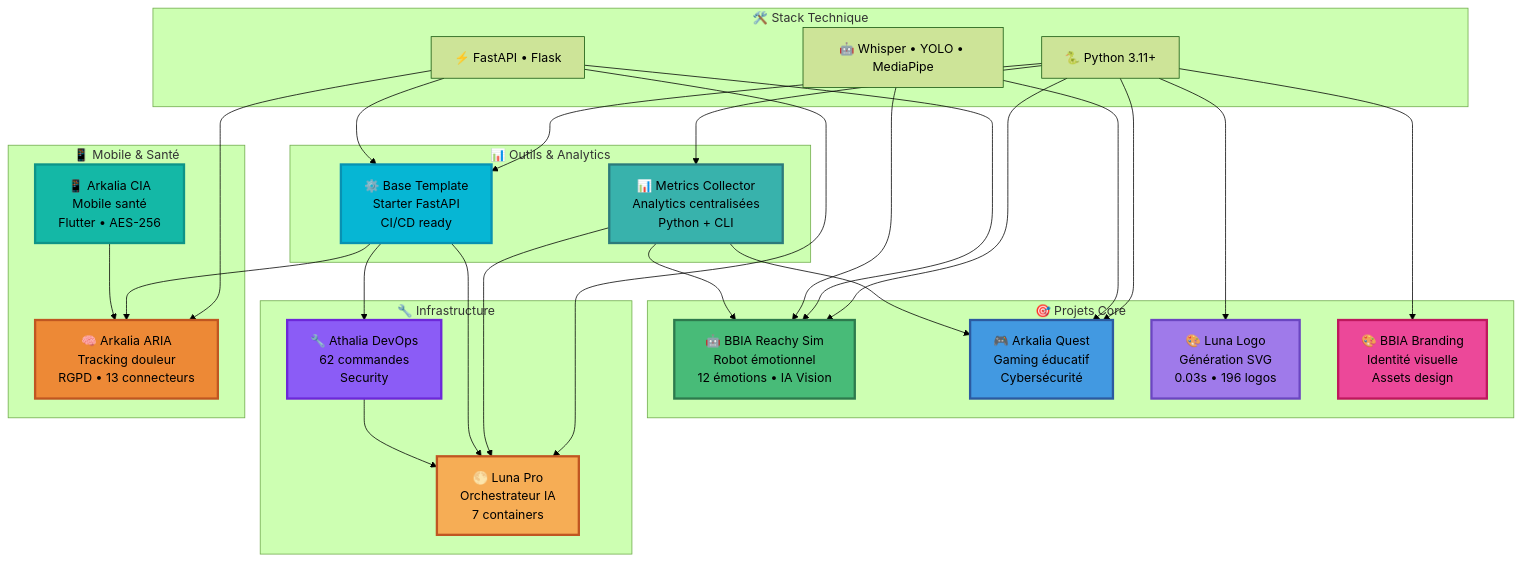
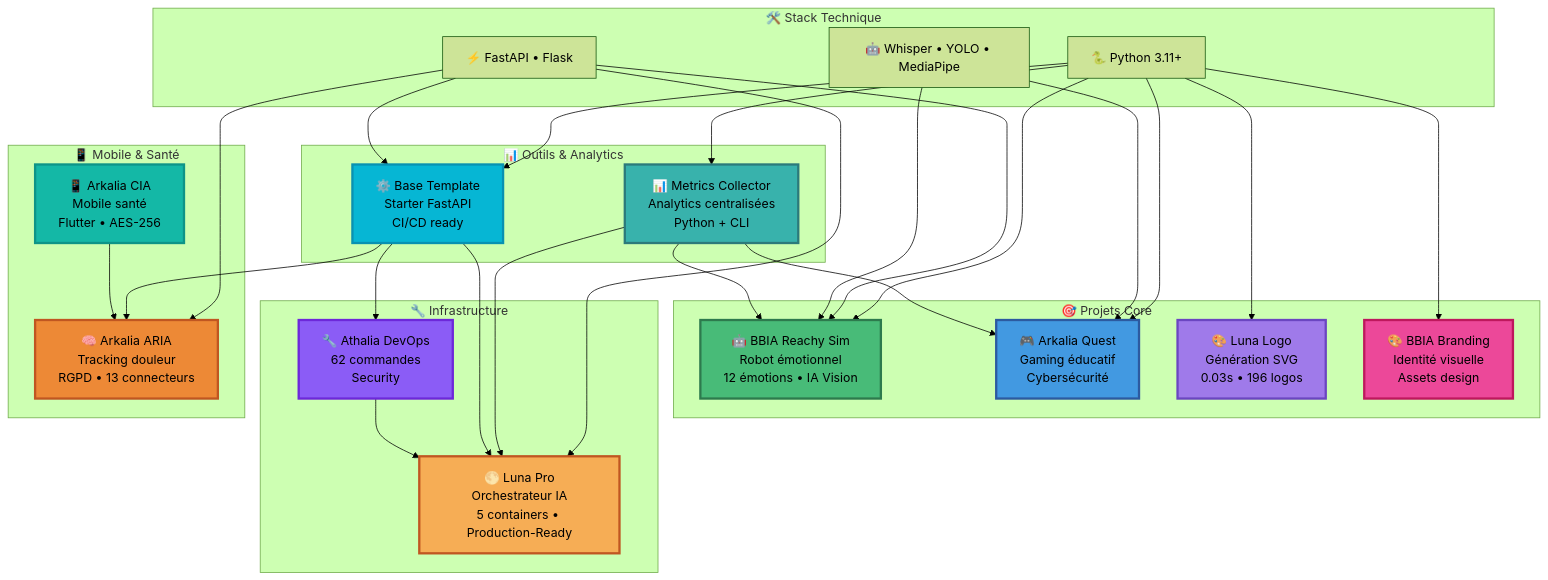
One commit to arkalia-luna-system/arkalia-luna-system changed the diagram in README.md. Above: the diagram before and after it, drawn with Mermaid (forest theme). The commit also changed other lines of this file and 2 other files, not shown here.

First line of the commit message:
✅ Luna Pro : Toutes les améliorations terminées - MD mis à jour

````diff
--- a/README.md
+++ b/README.md
@@ -170,67 +170,67 @@
 ```mermaid
 flowchart TB
  subgraph stack["🛠️ Stack Technique"]
  PYTHON["🐍 Python 3.11+"]
  APIS["⚡ FastAPI • Flask"]
  AI["🤖 Whisper • YOLO • MediaPipe"]
  end
 
  subgraph core["🎯 Projets Core"]
  BBIA["🤖 BBIA Reachy Sim<br/>Robot émotionnel<br/>12 émotions • IA Vision"]
  QUEST["🎮 Arkalia Quest<br/>Gaming éducatif<br/>Cybersécurité"]
  LOGO["🎨 Luna Logo<br/>Génération SVG<br/>0.03s • 196 logos"]
  BRANDING["🎨 BBIA Branding<br/>Identité visuelle<br/>Assets design"]
  end
 
  subgraph infra["🔧 Infrastructure"]
  ATHALIA["🔧 Athalia DevOps<br/>62 commandes<br/>Security"]
- LUNA["🌕 Luna Pro<br/>Orchestrateur IA<br/>7 containers"]
+ LUNA["🌕 Luna Pro<br/>Orchestrateur IA<br/>5 containers • Production-Ready"]
  end
 
  subgraph mobile["📱 Mobile & Santé"]
  CIA["📱 Arkalia CIA<br/>Mobile santé<br/>Flutter • AES-256"]
  ARIA["🧠 Arkalia ARIA<br/>Tracking douleur<br/>RGPD • 13 connecteurs"]
  end
 
  subgraph utils["📊 Outils & Analytics"]
  METRICS["📊 Metrics Collector<br/>Analytics centralisées<br/>Python + CLI"]
  TEMPLATE["⚙️ Base Template<br/>Starter FastAPI<br/>CI/CD ready"]
  end
 
  PYTHON --> BBIA
  PYTHON --> QUEST
  PYTHON --> LOGO
  PYTHON --> BRANDING
  PYTHON --> METRICS
  PYTHON --> TEMPLATE
 
  APIS --> BBIA
  APIS --> LUNA
  APIS --> ARIA
  APIS --> TEMPLATE
 
  AI --> BBIA
  AI --> QUEST
 
  METRICS --> BBIA
  METRICS --> QUEST
  METRICS --> LUNA
 
  TEMPLATE --> ATHALIA
  TEMPLATE --> LUNA
  TEMPLATE --> ARIA
 
  ATHALIA --> LUNA
  CIA --> ARIA
 
  style BBIA fill:#48bb78,stroke:#2d7a4d,stroke-width:3px
  style QUEST fill:#4299e1,stroke:#2c5aa0,stroke-width:3px
  style LOGO fill:#9f7aea,stroke:#6b46c1,stroke-width:3px
  style LUNA fill:#f6ad55,stroke:#c05621,stroke-width:3px
  style ARIA fill:#ed8936,stroke:#c05621,stroke-width:3px
  style METRICS fill:#38b2ac,stroke:#2c7a7b,stroke-width:3px
  style BRANDING fill:#ec4899,stroke:#be185d,stroke-width:3px
  style CIA fill:#14b8a6,stroke:#0d9488,stroke-width:3px
  style ATHALIA fill:#8b5cf6,stroke:#6d28d9,stroke-width:3px
  style TEMPLATE fill:#06b6d4,stroke:#0891b2,stroke-width:3px
 ```
````
